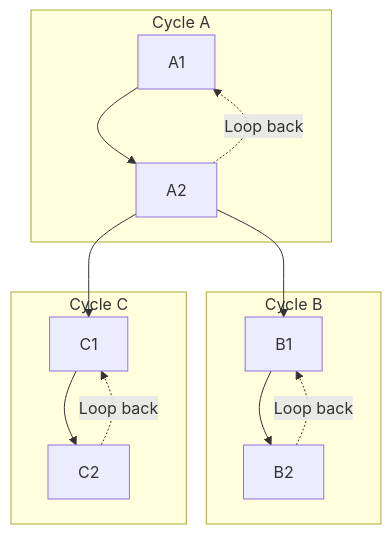
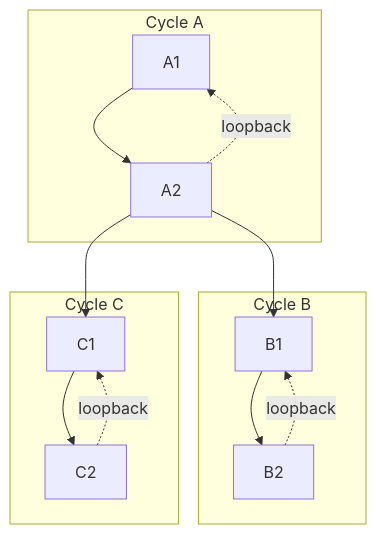
One commit to Mr-xiaotian/CelestialFlow changed the tenth of 11 diagrams in docs/en/demo/demo_structure.md. Above: the diagram before and after it, drawn with Mermaid. The commit also changed other lines of this file and 278 other files, not shown here.

````diff
--- a/docs/en/demo/demo_structure.md
+++ b/docs/en/demo/demo_structure.md
@@ -196,20 +196,20 @@
 ```mermaid
 flowchart TD
     subgraph CycleA["Cycle A"]
         A1["A1"] --> A2["A2"]
-        A2 -.->|Loop back| A1
+        A2 -.->|loopback| A1
     end
 
     subgraph CycleB["Cycle B"]
         B1["B1"] --> B2["B2"]
-        B2 -.->|Loop back| B1
+        B2 -.->|loopback| B1
     end
 
     subgraph CycleC["Cycle C"]
         C1["C1"] --> C2["C2"]
-        C2 -.->|Loop back| C1
+        C2 -.->|loopback| C1
     end
 
     A2 --> B1
     A2 --> C1
 ```
````
